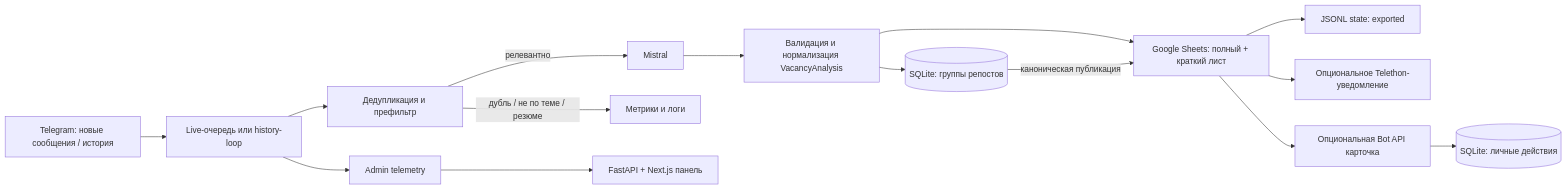
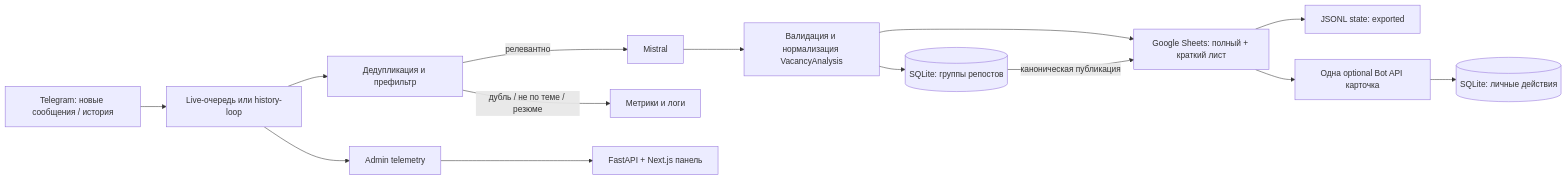
Before and after one commit to mmmakskl/dev-job-radar: the diagram in docs/current-product-state.md, drawn with Mermaid. The commit also changed other lines of this file and 13 other files, not shown here.

````diff
--- a/docs/current-product-state.md
+++ b/docs/current-product-state.md
@@ -72,17 +72,16 @@
 ```mermaid
 flowchart LR
   TG[Telegram: новые сообщения / история] --> Q[Live-очередь или history-loop]
   Q --> F[Дедупликация и префильтр]
   F -->|релевантно| LLM[Mistral]
   F -->|дубль / не по теме / резюме| M[Метрики и логи]
   LLM --> S[Валидация и нормализация VacancyAnalysis]
   S --> GS[Google Sheets: полный + краткий лист]
   GS --> D[JSONL state: exported]
-  GS --> N[Опциональное Telethon-уведомление]
-  GS --> B[Опциональная Bot API карточка]
+  GS --> B[Одна optional Bot API карточка]
   B --> DB[(SQLite: личные действия)]
   S --> G[(SQLite: группы репостов)]
   G -->|каноническая публикация| GS
   Q --> A[Admin telemetry]
   A --> UI[FastAPI + Next.js панель]
 ```
````
